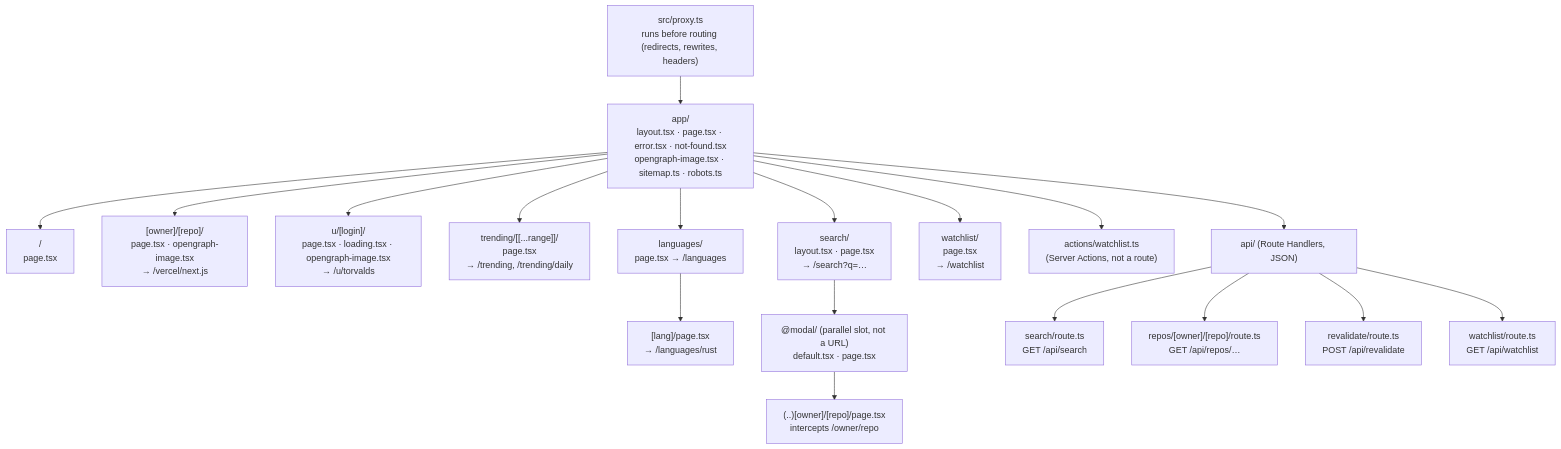
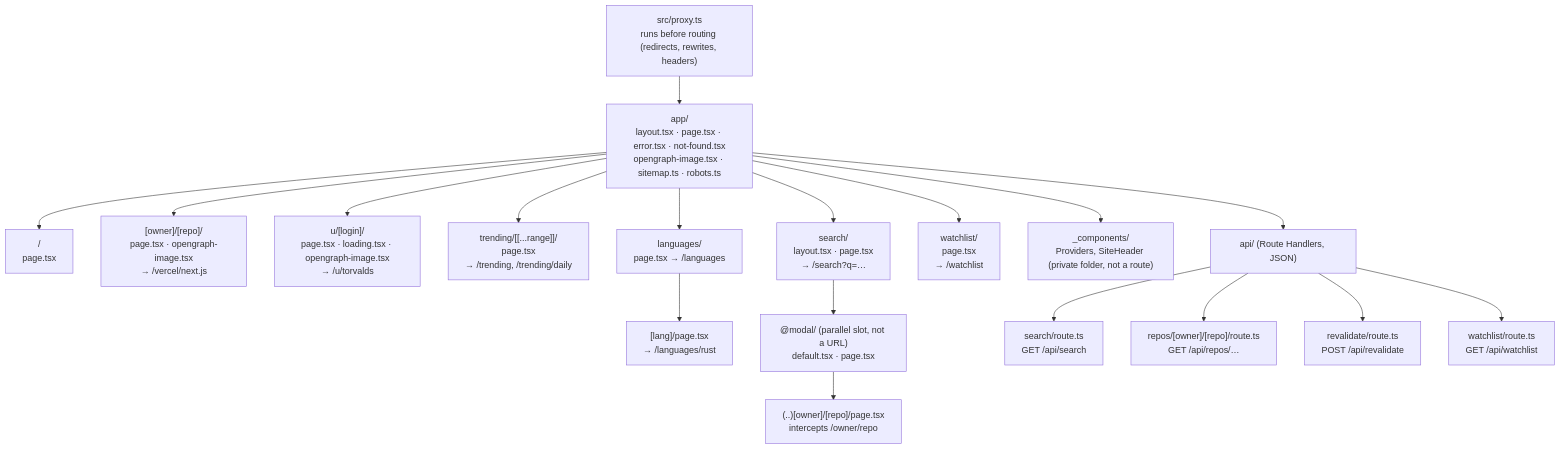
One commit to tarnishedMind/RepoRadar changed the third of 18 diagrams in docs/ARCHITECTURE.md. Above: the diagram before and after it, drawn with Mermaid. The commit also changed other lines of this file and 144 other files, not shown here.

````diff
--- a/docs/ARCHITECTURE.md
+++ b/docs/ARCHITECTURE.md
@@ -82,22 +83,22 @@
 ```mermaid
 flowchart TD
   proxy["src/proxy.ts<br/>runs before routing (redirects, rewrites, headers)"]
   proxy --> root
   root["app/<br/>layout.tsx · page.tsx · error.tsx · not-found.tsx<br/>opengraph-image.tsx · sitemap.ts · robots.ts"]
   root --> home["/ <br/>page.tsx"]
   root --> repo["[owner]/[repo]/<br/>page.tsx · opengraph-image.tsx<br/>→ /vercel/next.js"]
   root --> user["u/[login]/<br/>page.tsx · loading.tsx · opengraph-image.tsx<br/>→ /u/torvalds"]
   root --> trending["trending/[[...range]]/<br/>page.tsx<br/>→ /trending, /trending/daily"]
   root --> langs["languages/<br/>page.tsx → /languages"]
   langs --> lang["[lang]/page.tsx<br/>→ /languages/rust"]
   root --> search["search/<br/>layout.tsx · page.tsx<br/>→ /search?q=…"]
   search --> modal["@modal/ (parallel slot, not a URL)<br/>default.tsx · page.tsx"]
   modal --> intercept["(..)[owner]/[repo]/page.tsx<br/>intercepts /owner/repo"]
   root --> watch["watchlist/<br/>page.tsx<br/>→ /watchlist"]
-  root --> actions["actions/watchlist.ts<br/>(Server Actions, not a route)"]
+  root --> comps["_components/<br/>Providers, SiteHeader (private folder, not a route)"]
   root --> api["api/ (Route Handlers, JSON)"]
   api --> apiSearch["search/route.ts<br/>GET /api/search"]
   api --> apiRepo["repos/[owner]/[repo]/route.ts<br/>GET /api/repos/…"]
   api --> apiReval["revalidate/route.ts<br/>POST /api/revalidate"]
   api --> apiWatch["watchlist/route.ts<br/>GET /api/watchlist"]
 ```
````
